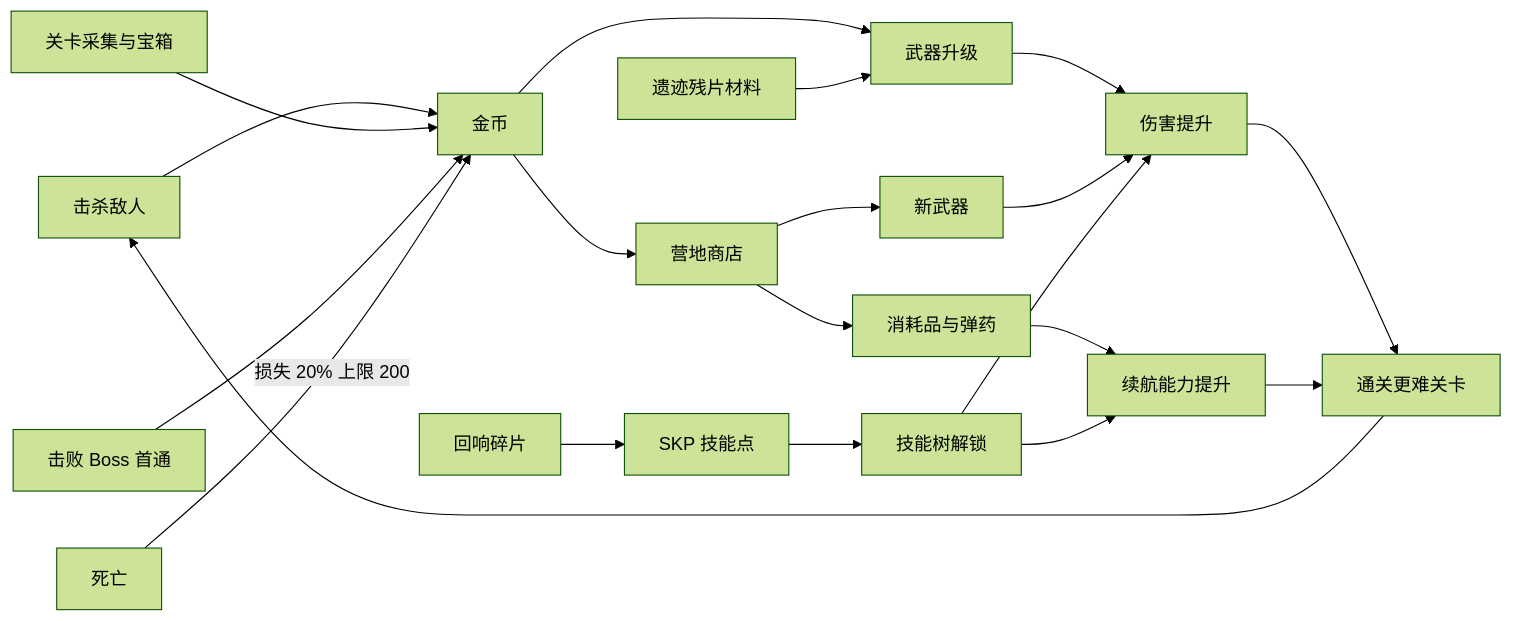
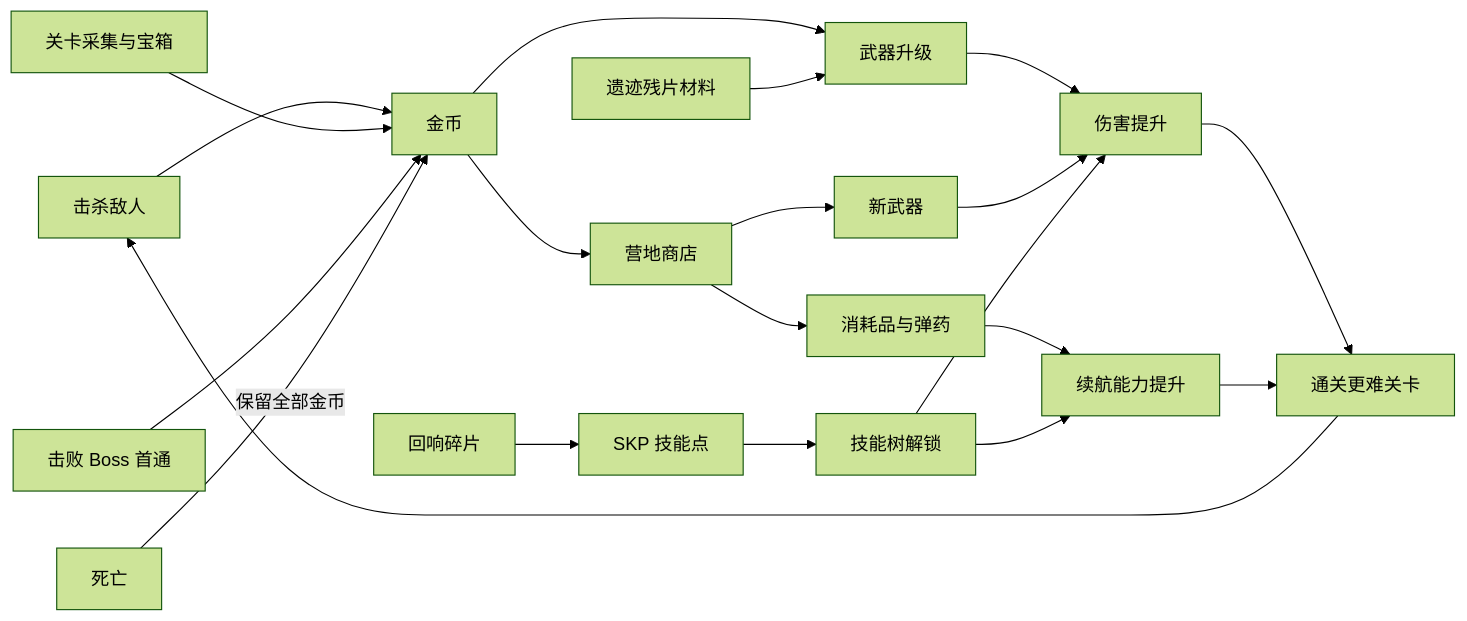
The fifth of 5 diagrams in docs/需求分析文档.md (TSCP6/echoes-of-the-abyss), drawn with Mermaid (forest theme) before and after one commit. The commit also changed other lines of this file and 15 other files, not shown here.

````diff
--- a/docs/需求分析文档.md
+++ b/docs/需求分析文档.md
@@ -1070,22 +1072,22 @@
 ```mermaid
 flowchart LR
     A["击杀敌人"] --> C["金币"]
     B["关卡采集与宝箱"] --> C
     D["击败 Boss 首通"] --> C
     C --> E["营地商店"]
     E --> F["消耗品与弹药"]
     E --> G["新武器"]
     C --> H["武器升级"]
     I["遗迹残片材料"] --> H
     H --> J["伤害提升"]
     F --> K["续航能力提升"]
     G --> J
     L["回响碎片"] --> M["SKP 技能点"]
     M --> N["技能树解锁"]
     N --> J
     N --> K
     J --> O["通关更难关卡"]
     K --> O
     O --> A
-    P["死亡"] -->|"损失 20% 上限 200"| C
+    P["死亡"] -->|"保留全部金币"| C
 ```
````
